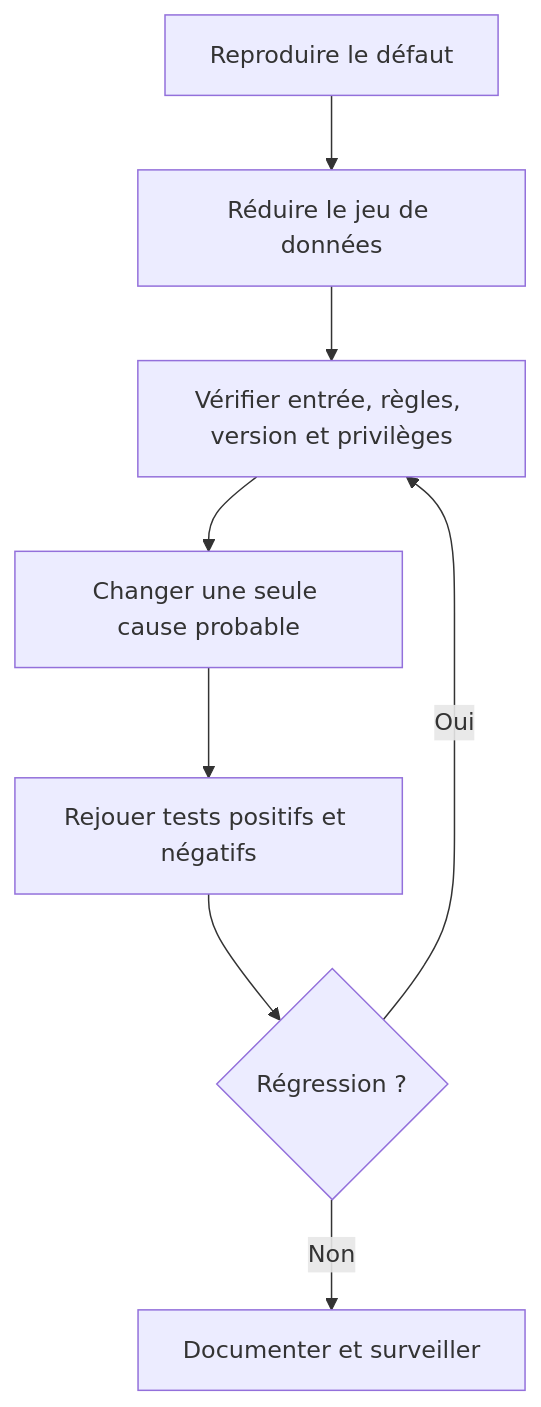
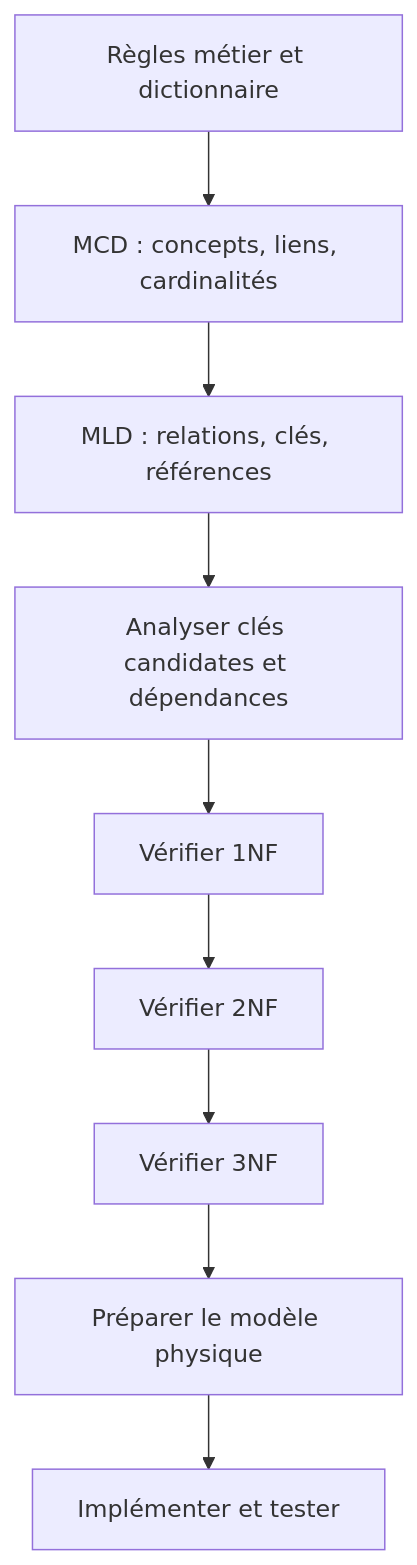
One commit to biggyseven/Skill-Tree changed the sixth of 8 diagrams in content/lessons/data-normalisation-debutant.md. Above: the diagram before and after it, drawn with Mermaid. The commit also changed other lines of this file, not shown here.

````diff
--- a/content/lessons/data-normalisation-debutant.md
+++ b/content/lessons/data-normalisation-debutant.md
@@ -136,10 +307,11 @@
-```mermaid
+~~~mermaid
 flowchart TD
-    A["Reproduire le défaut"] --> B["Réduire le jeu de données"]
-    B --> C["Vérifier entrée, règles, version et privilèges"]
-    C --> D["Changer une seule cause probable"]
-    D --> E["Rejouer tests positifs et négatifs"]
-    E --> F{"Régression ?"}
-    F -- "Oui" --> C
-    F -- "Non" --> G["Documenter et surveiller"]
-```
+    A["Règles métier et dictionnaire"] --> B["MCD : concepts, liens, cardinalités"]
+    B --> C["MLD : relations, clés, références"]
+    C --> D["Analyser clés candidates et dépendances"]
+    D --> E["Vérifier 1NF"]
+    E --> F["Vérifier 2NF"]
+    F --> G["Vérifier 3NF"]
+    G --> H["Préparer le modèle physique"]
+    H --> I["Implémenter et tester"]
+~~~
````
